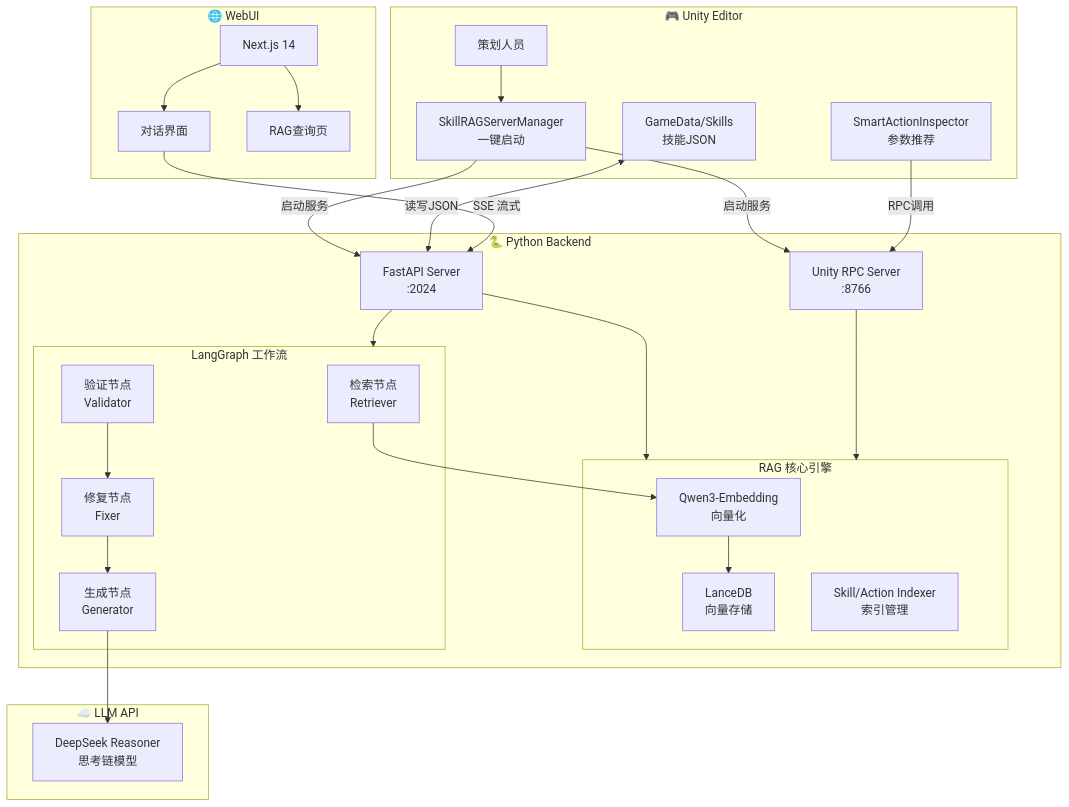
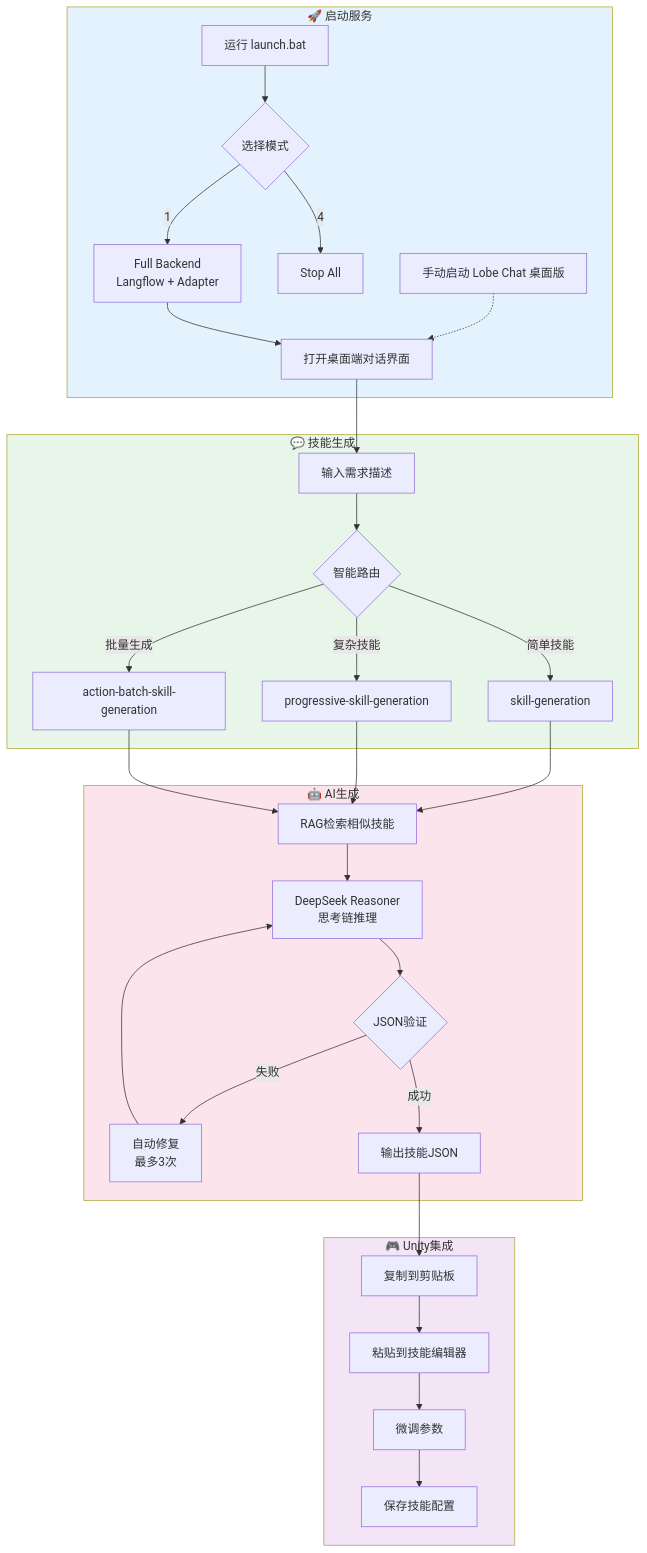
Before and after one commit to wqaetly/ai_agent_for_skill: the second of 5 diagrams in README.md, drawn with Mermaid. The commit also changed other lines of this file and 191 other files, not shown here.

First line of the commit message:
feat: complete LangGraph->Langflow migration, drop self-built webui

````diff
--- a/README.md
+++ b/README.md
@@ -137,53 +178,41 @@
 ```mermaid
 flowchart TB
-    subgraph Unity["🎮 Unity Editor"]
-        U1[策划人员]
-        U2[SkillRAGServerManager<br/>一键启动]
-        U3[SmartActionInspector<br/>参数推荐]
-        U4[GameData/Skills<br/>技能JSON]
+    subgraph Start["🚀 启动服务"]
+        A[运行 launch.bat] --> B{选择模式}
+        B -->|1| C[Full Backend<br/>Langflow + Adapter]
+        B -->|4| E[Stop All]
+        F0[手动启动 Lobe Chat 桌面版] -.-> F
     end
 
-    subgraph Backend["🐍 Python Backend"]
-        subgraph RAG["RAG 核心引擎"]
-            R1[Qwen3-Embedding<br/>向量化]
-            R2[LanceDB<br/>向量存储]
-            R3[Skill/Action Indexer<br/>索引管理]
-        end
-        subgraph LangGraph["LangGraph 工作流"]
-            L1[检索节点<br/>Retriever]
-            L2[生成节点<br/>Generator]
-            L3[验证节点<br/>Validator]
-            L4[修复节点<br/>Fixer]
-        end
-        API[FastAPI Server<br/>:2024]
-        RPC[Unity RPC Server<br/>:8766]
+    subgraph Usage["💬 技能生成"]
+        C --> F[打开桌面端对话界面]
+        F --> G[输入需求描述]
+        G --> H{智能路由}
+        H -->|简单技能| I[skill-generation]
+        H -->|复杂技能| J[progressive-skill-generation]
+        H -->|批量生成| K[action-batch-skill-generation]
     end
 
-    subgraph Frontend["🌐 WebUI"]
-        W1[Next.js 14]
-        W2[对话界面]
-        W3[RAG查询页]
+    subgraph Generation["🤖 AI生成"]
+        I --> L[RAG检索相似技能]
+        J --> L
+        K --> L
+        L --> M[DeepSeek Reasoner<br/>思考链推理]
+        M --> N{JSON验证}
+        N -->|失败| O[自动修复<br/>最多3次]
+        O --> M
+        N -->|成功| P[输出技能JSON]
     end
 
-    subgraph LLM["☁️ LLM API"]
-        DS[DeepSeek Reasoner<br/>思考链模型]
+    subgraph Unity["🎮 Unity集成"]
+        P --> Q[复制到剪贴板]
+        Q --> R[粘贴到技能编辑器]
+        R --> S[微调参数]
+        S --> T[保存技能配置]
     end
 
-    U1 --> U2
-    U2 -->|启动服务| API
-    U2 -->|启动服务| RPC
-    U3 -->|RPC调用| RPC
-    U4 <-->|读写JSON| API
-
-    W1 --> W2 & W3
-    W2 -->|SSE 流式| API
-
-    API --> RAG
-    API --> LangGraph
-    RPC --> RAG
-
-    L1 --> R1 --> R2
-    L2 --> DS
-    L3 --> L4
-    L4 --> L2
+    style Start fill:#e3f2fd
+    style Usage fill:#e8f5e9
+    style Generation fill:#fce4ec
+    style Unity fill:#f3e5f5
 ```
````
